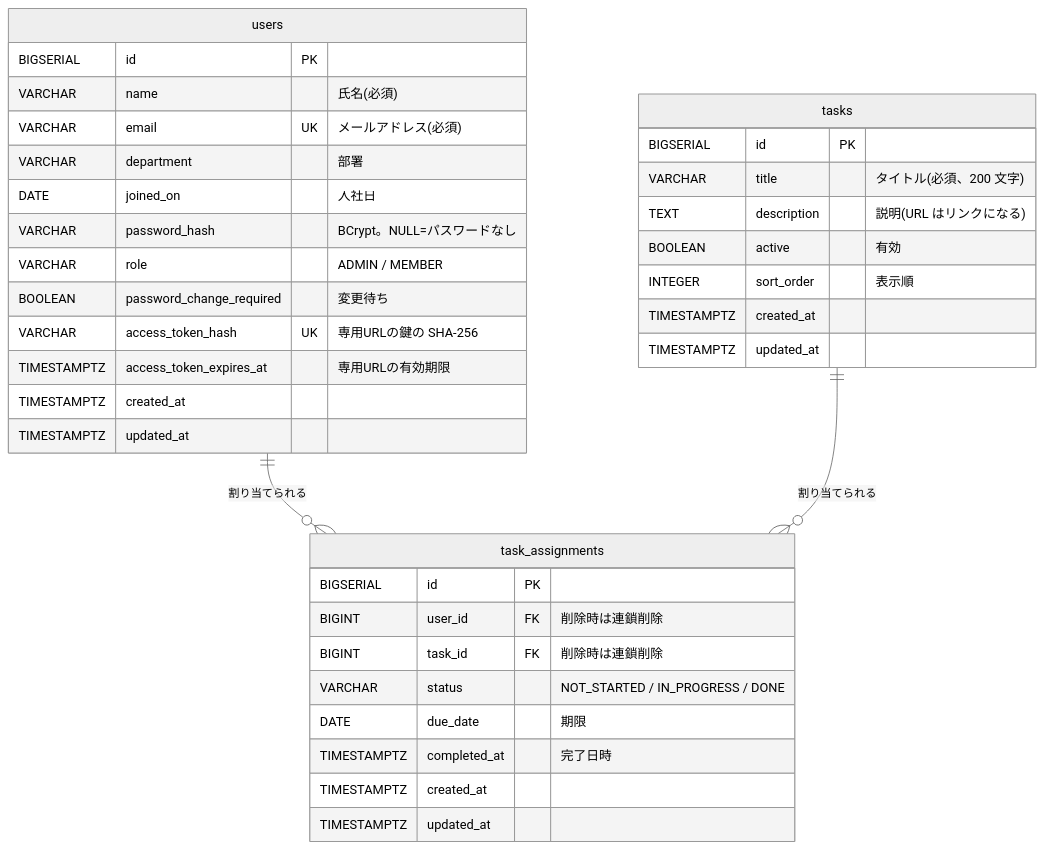
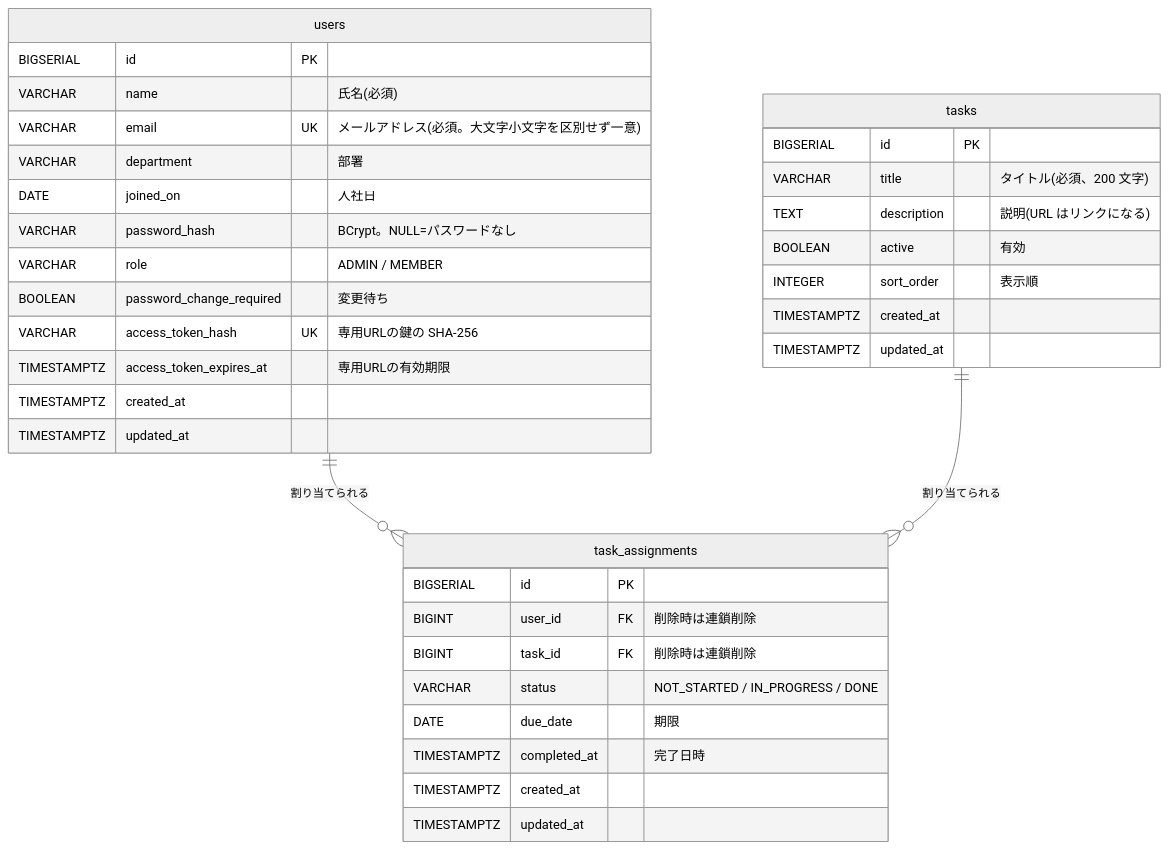
The eighth of 11 diagrams in docs/design-diagrams.md (Mika777v/java), drawn with Mermaid (neutral theme) before and after one commit. The commit also changed 25 other files, not shown here.

````diff
--- a/docs/design-diagrams.md
+++ b/docs/design-diagrams.md
@@ -223,39 +223,39 @@
 ```mermaid
 erDiagram
     users ||--o{ task_assignments : "割り当てられる"
     tasks ||--o{ task_assignments : "割り当てられる"
 
     users {
         BIGSERIAL id PK
         VARCHAR name "氏名(必須)"
-        VARCHAR email UK "メールアドレス(必須)"
+        VARCHAR email UK "メールアドレス(必須。大文字小文字を区別せず一意)"
         VARCHAR department "部署"
         DATE joined_on "入社日"
         VARCHAR password_hash "BCrypt。NULL=パスワードなし"
         VARCHAR role "ADMIN / MEMBER"
         BOOLEAN password_change_required "変更待ち"
         VARCHAR access_token_hash UK "専用URLの鍵の SHA-256"
         TIMESTAMPTZ access_token_expires_at "専用URLの有効期限"
         TIMESTAMPTZ created_at
         TIMESTAMPTZ updated_at
     }
     tasks {
         BIGSERIAL id PK
         VARCHAR title "タイトル(必須、200 文字)"
         TEXT description "説明(URL はリンクになる)"
         BOOLEAN active "有効"
         INTEGER sort_order "表示順"
         TIMESTAMPTZ created_at
         TIMESTAMPTZ updated_at
     }
     task_assignments {
         BIGSERIAL id PK
         BIGINT user_id FK "削除時は連鎖削除"
         BIGINT task_id FK "削除時は連鎖削除"
         VARCHAR status "NOT_STARTED / IN_PROGRESS / DONE"
         DATE due_date "期限"
         TIMESTAMPTZ completed_at "完了日時"
         TIMESTAMPTZ created_at
         TIMESTAMPTZ updated_at
     }
 ```
````
